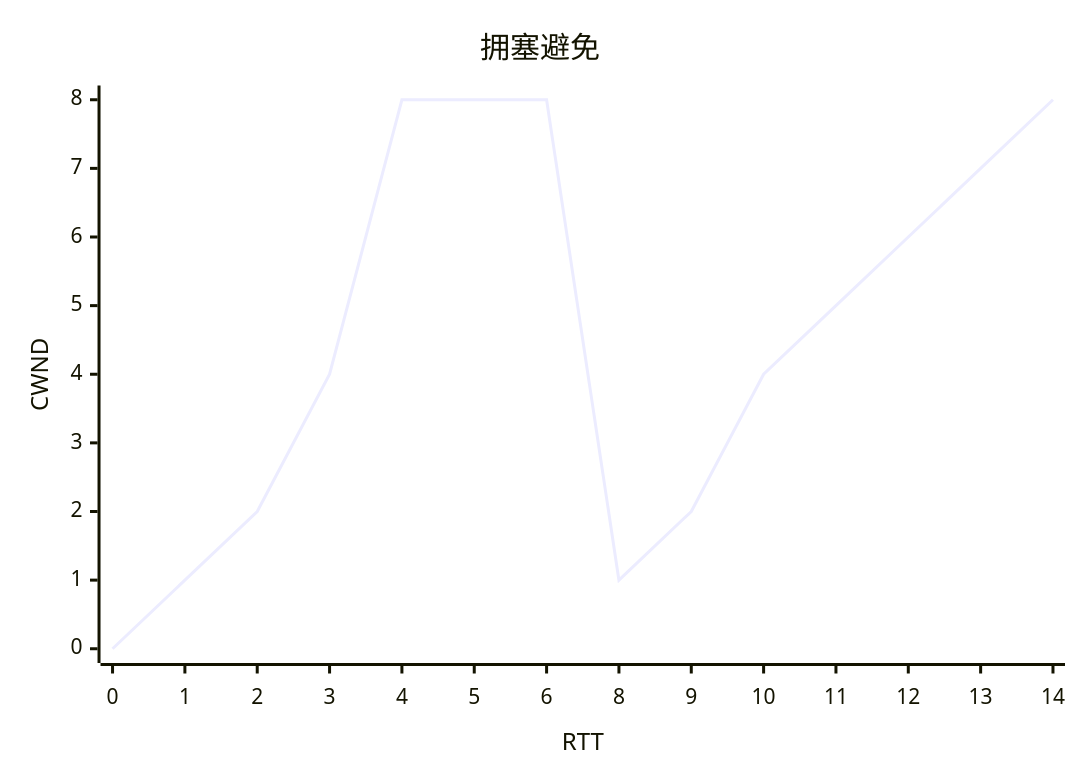
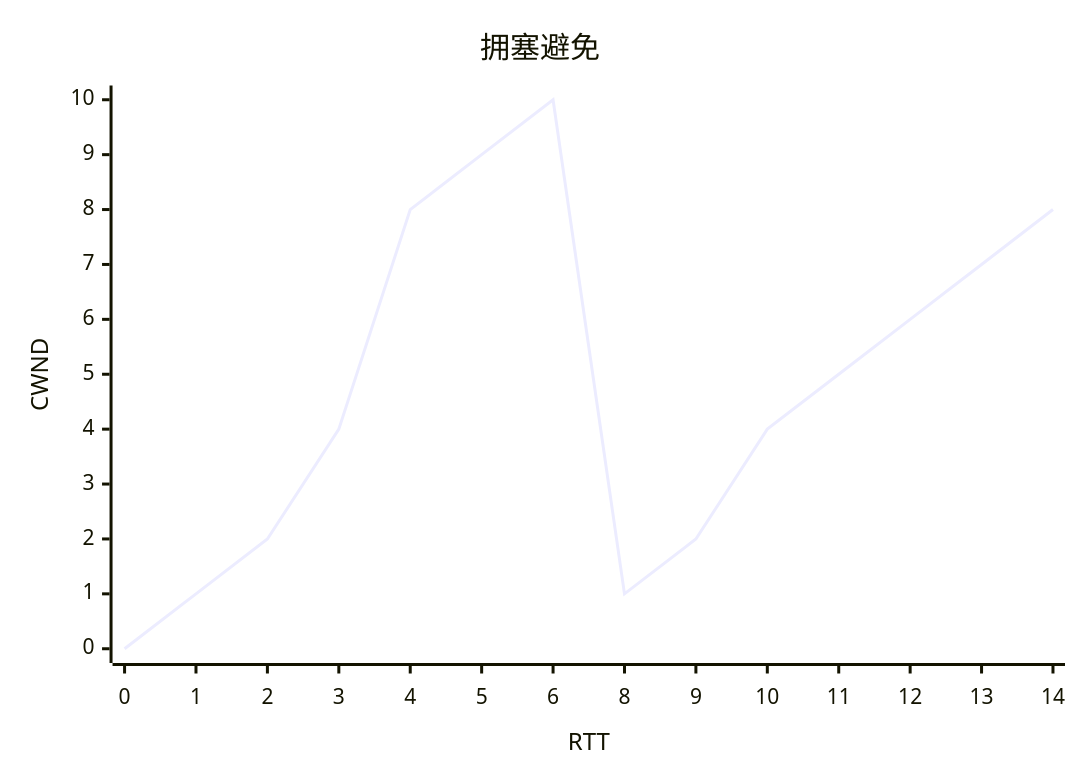
One commit to dushenda/dushenda.github.io changed the second of 3 diagrams in source/_posts/TCP学习/TCP拥塞控制.md. Above: the diagram before and after it, drawn with Mermaid. The commit also changed other lines of this file, not shown here.

````diff
--- a/source/_posts/TCP学习/TCP拥塞控制.md
+++ b/source/_posts/TCP学习/TCP拥塞控制.md
@@ -62,7 +62,7 @@
 ```mermaid
 xychart-beta
         title "拥塞避免"
         x-axis "RTT" [0, 1, 2, 3, 4, 5, 6, 8, 9, 10, 11, 12, 13, 14]
         y-axis "CWND" 
-        line [0, 1, 2, 4, 8, 8, 8, 1, 2, 4, 5, 6, 7, 8, 9]
+        line [0, 1, 2, 4, 8, 9, 10, 1, 2, 4, 5, 6, 7, 8, 9]
 ```
````
